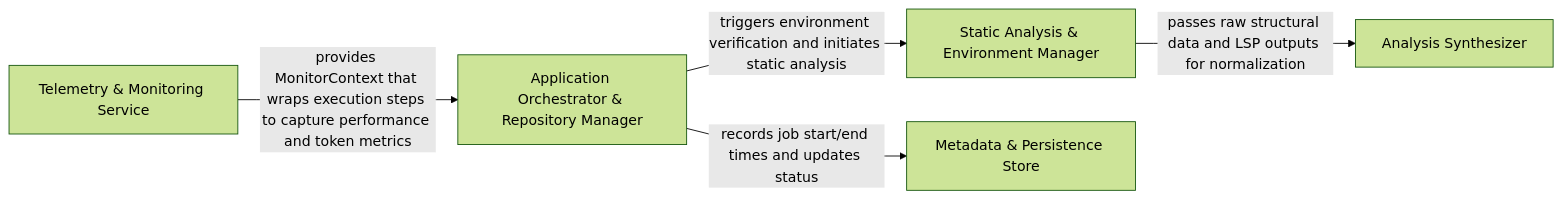
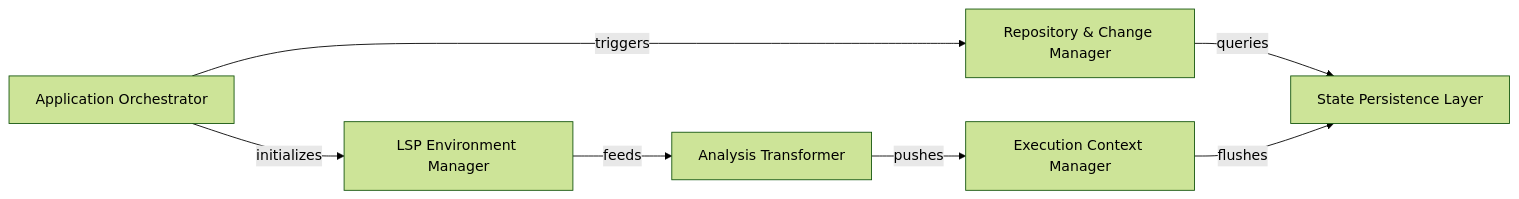
One commit to CodeBoarding/CodeBoarding changed the diagram in .codeboarding/Application_Orchestrator_Repository_Manager.md. Above: the diagram before and after it, drawn with Mermaid (forest theme). The commit also changed other lines of this file and 5 other files, not shown here.

````diff
--- a/.codeboarding/Application_Orchestrator_Repository_Manager.md
+++ b/.codeboarding/Application_Orchestrator_Repository_Manager.md
@@ -1,12 +1,15 @@
 ```mermaid
 graph LR
-    Application_Orchestrator_Repository_Manager["Application Orchestrator & Repository Manager"]
-    Static_Analysis_Environment_Manager["Static Analysis & Environment Manager"]
-    Analysis_Synthesizer["Analysis Synthesizer"]
-    Metadata_Persistence_Store["Metadata & Persistence Store"]
-    Telemetry_Monitoring_Service["Telemetry & Monitoring Service"]
-    Application_Orchestrator_Repository_Manager -- "triggers environment verification and initiates static analysis" --> Static_Analysis_Environment_Manager
-    Application_Orchestrator_Repository_Manager -- "records job start/end times and updates status" --> Metadata_Persistence_Store
-    Static_Analysis_Environment_Manager -- "passes raw structural data and LSP outputs for normalization" --> Analysis_Synthesizer
-    Telemetry_Monitoring_Service -- "provides MonitorContext that wraps execution steps to capture performance and token metrics" --> Application_Orchestrator_Repository_Manager
+    Application_Orchestrator["Application Orchestrator"]
+    Repository_Change_Manager["Repository & Change Manager"]
+    LSP_Environment_Manager["LSP Environment Manager"]
+    Analysis_Transformer["Analysis Transformer"]
+    Execution_Context_Manager["Execution Context Manager"]
+    State_Persistence_Layer["State Persistence Layer"]
+    Application_Orchestrator -- "triggers" --> Repository_Change_Manager
+    Application_Orchestrator -- "initializes" --> LSP_Environment_Manager
+    Repository_Change_Manager -- "queries" --> State_Persistence_Layer
+    LSP_Environment_Manager -- "feeds" --> Analysis_Transformer
+    Analysis_Transformer -- "pushes" --> Execution_Context_Manager
+    Execution_Context_Manager -- "flushes" --> State_Persistence_Layer
 ```
````
